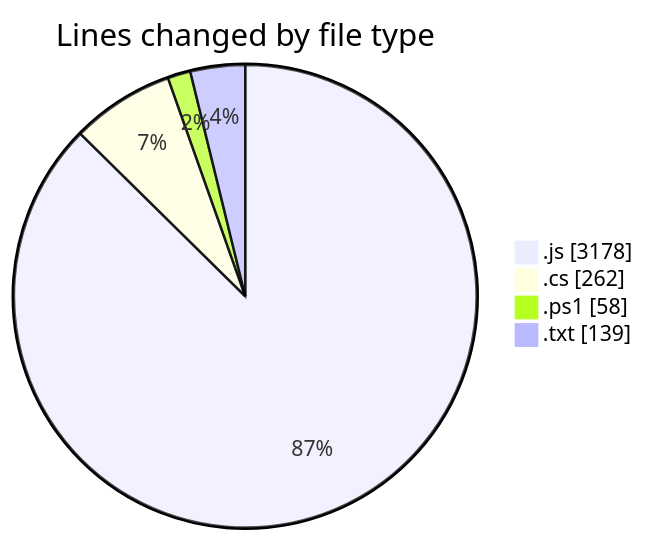
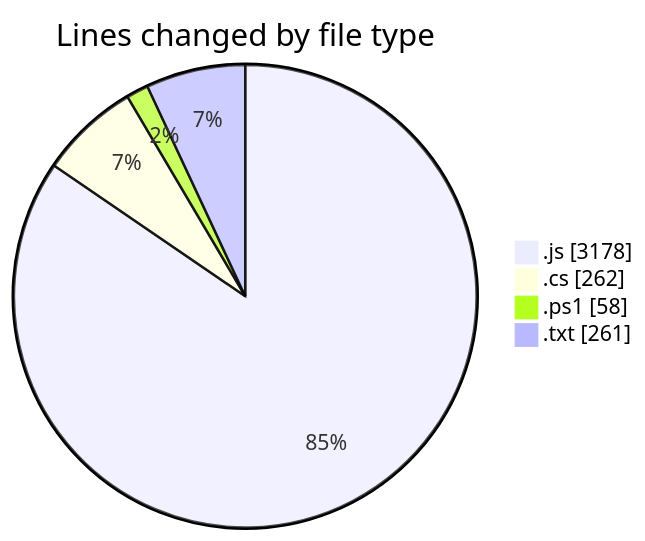
The first of 2 diagrams in 2026-02-17/bot_v1_2/README.md (becaeroporto-bot/code-tracking), drawn with Mermaid before and after one commit. The commit also changed other lines of this file and 1 other file, not shown here.

````diff
--- a/2026-02-17/bot_v1_2/README.md
+++ b/2026-02-17/bot_v1_2/README.md
@@ -27,8 +28,8 @@
 ```mermaid
 pie showData
 title Lines changed by file type
 ".js" : 3178
 ".cs" : 262
 ".ps1" : 58
-".txt" : 139
+".txt" : 261
 ```
````
